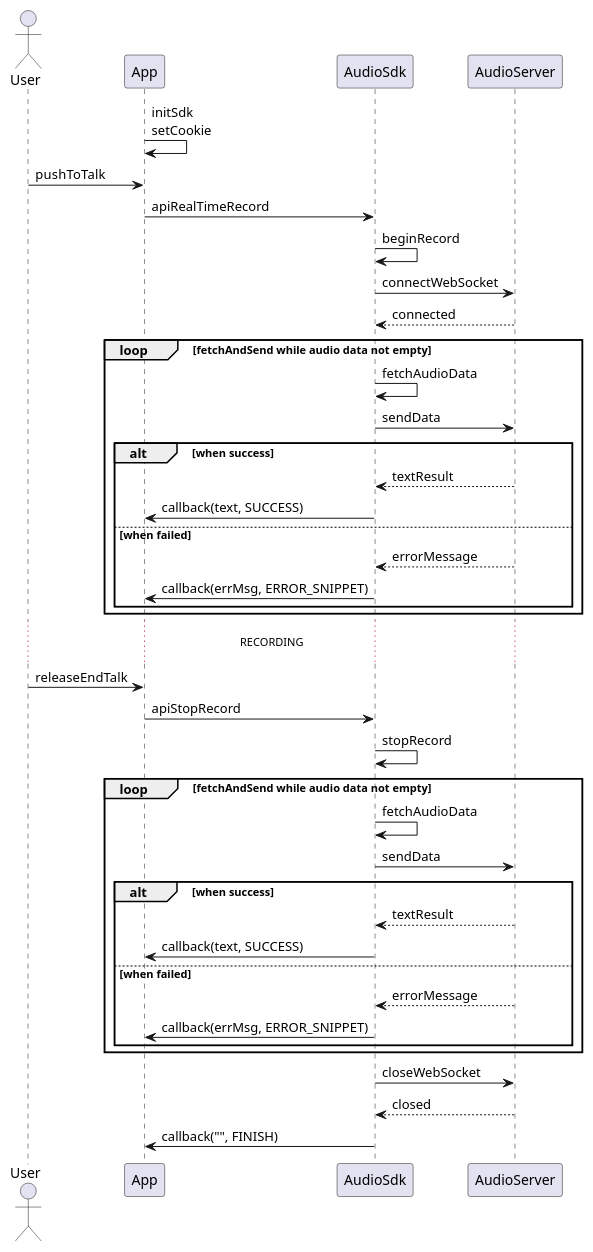
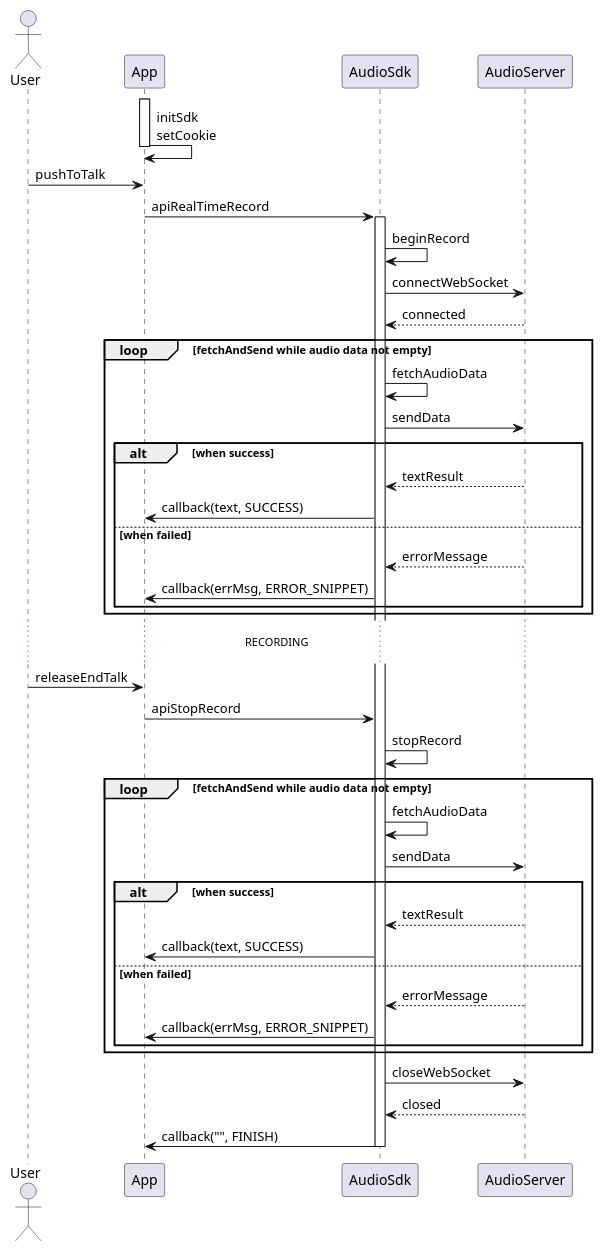
The diagram in HwAudio2Text/SequenceWebSocket1.puml (jzyu/MyPlantUML), drawn with PlantUML before and after one commit.

Commit message:
webSocket normal sequence

```diff
--- a/HwAudio2Text/SequenceWebSocket1.puml
+++ b/HwAudio2Text/SequenceWebSocket1.puml
@@ -3,48 +3,52 @@
 @startuml
 actor User
 participant App
 participant AudioSdk as Sdk
 participant AudioServer as Server
 
+activate App
 App -> App: initSdk \nsetCookie
+deactivate App
 
 User -> App: pushToTalk
 App -> Sdk: apiRealTimeRecord
 
+activate Sdk
 Sdk -> Sdk: beginRecord
 Sdk -> Server: connectWebSocket
 Server --> Sdk: connected
 
 loop fetchAndSend while audio data not empty
 Sdk -> Sdk: fetchAudioData
 Sdk -> Server: sendData
     alt when success
     Server --> Sdk: textResult
     Sdk -> App: callback(text, SUCCESS)
     else when failed
     Server --> Sdk: errorMessage
     Sdk -> App: callback(errMsg, ERROR_SNIPPET)
     end
 end
 
 ... RECORDING ...
 User -> App: releaseEndTalk
 App -> Sdk: apiStopRecord
 Sdk -> Sdk: stopRecord
 
 loop fetchAndSend while audio data not empty
 Sdk -> Sdk: fetchAudioData
 Sdk -> Server: sendData
     alt when success
     Server --> Sdk: textResult
     Sdk -> App: callback(text, SUCCESS)
     else when failed
     Server --> Sdk: errorMessage
     Sdk -> App: callback(errMsg, ERROR_SNIPPET)
     end
 end
 Sdk -> Server: closeWebSocket
 Server --> Sdk: closed
 Sdk -> App: callback("", FINISH)
+deactivate Sdk
 
 @enduml
```
